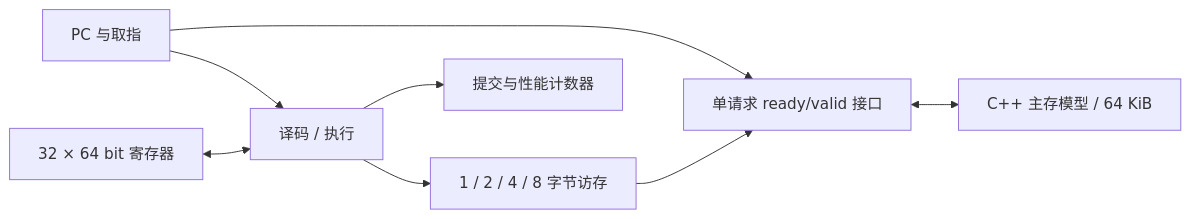
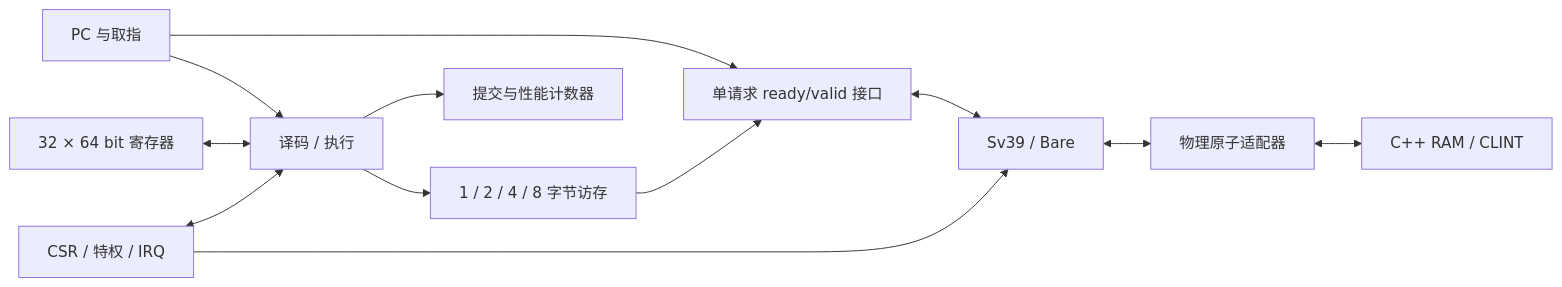
Before and after one commit to asukafo/ditto_riscv: the first of 2 diagrams in docs/architecture.md, drawn with Mermaid. The commit also changed other lines of this file and 40 other files, not shown here.

````diff
--- a/docs/architecture.md
+++ b/docs/architecture.md
@@ -5,10 +9,14 @@
 ```mermaid
 flowchart LR
     PC[PC 与取指] --> DEC[译码 / 执行]
     RF[32 × 64 bit 寄存器] <--> DEC
     DEC --> LSU[1 / 2 / 4 / 8 字节访存]
     PC --> BUS[单请求 ready/valid 接口]
     LSU --> BUS
-    BUS <--> RAM[C++ 主存模型 / 64 KiB]
+    BUS <--> MMU[Sv39 / Bare]
+    MMU <--> ATOMIC[物理原子适配器]
+    ATOMIC <--> RAM[C++ RAM / CLINT]
+    CSR[CSR / 特权 / IRQ] --> MMU
+    CSR <--> DEC
     DEC --> RET[提交与性能计数器]
 ```
````
